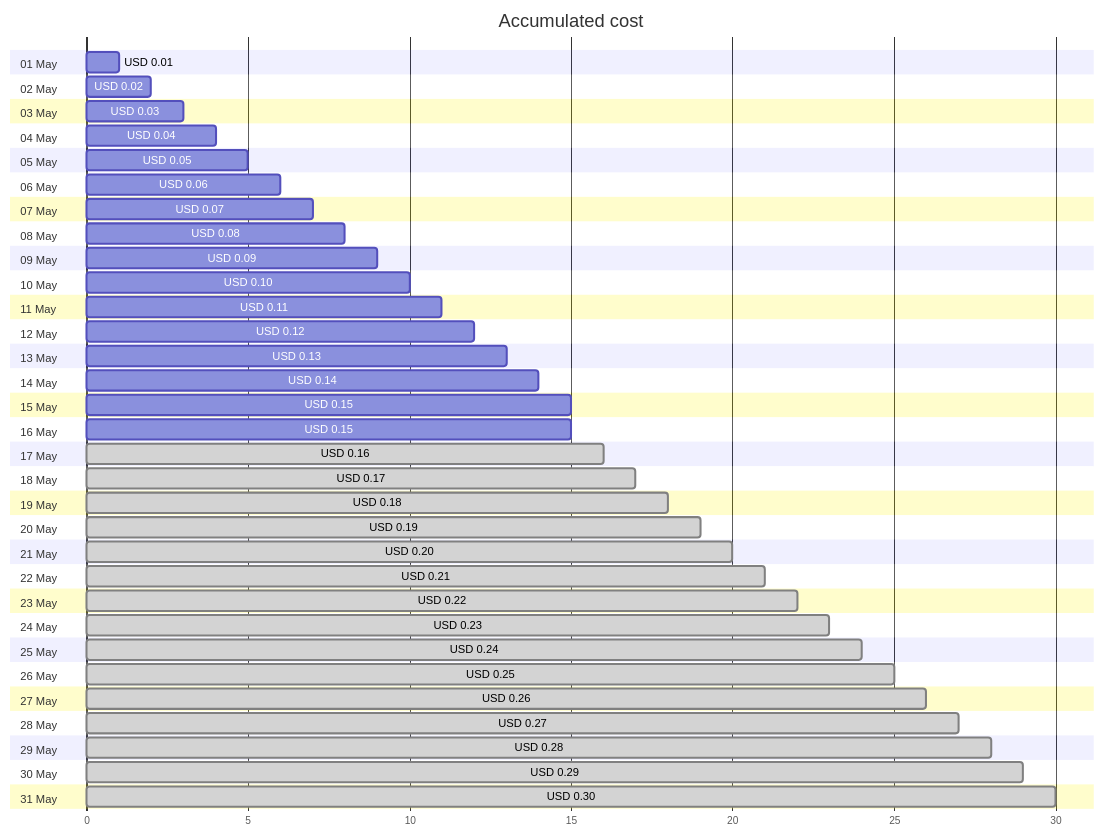
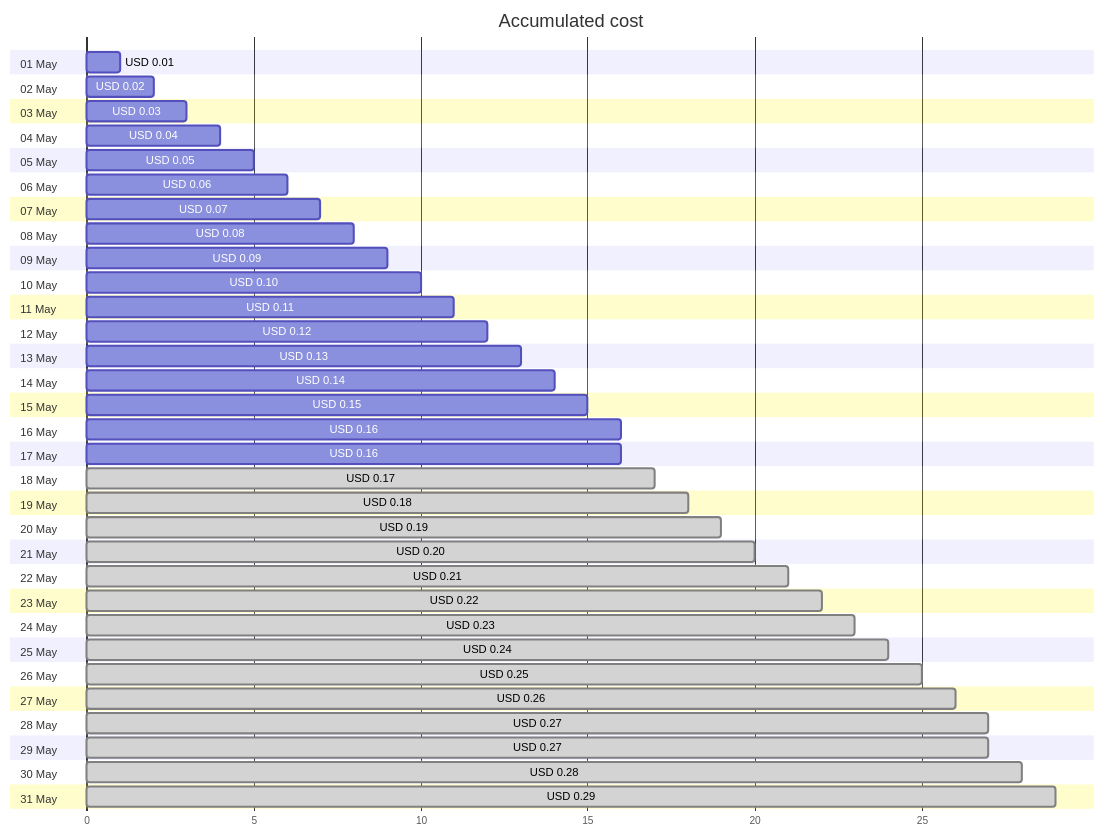
One commit to jpfulton/azure-personal-reports changed the first of 4 diagrams in cost-reports/cloud-shell-storage-eastus/README.md. Above: the diagram before and after it, drawn with Mermaid. The commit also changed other lines of this file and 1 other file, not shown here.

````diff
--- a/cost-reports/cloud-shell-storage-eastus/README.md
+++ b/cost-reports/cloud-shell-storage-eastus/README.md
@@ -20,68 +20,68 @@
 ```mermaid
 gantt
    title Accumulated cost
    dateFormat  X
    axisFormat %s
    section 01 May
    USD 0.01 :0, 1
    section 02 May
    USD 0.02 :0, 2
    section 03 May
    USD 0.03 :0, 3
    section 04 May
    USD 0.04 :0, 4
    section 05 May
    USD 0.05 :0, 5
    section 06 May
    USD 0.06 :0, 6
    section 07 May
    USD 0.07 :0, 7
    section 08 May
    USD 0.08 :0, 8
    section 09 May
    USD 0.09 :0, 9
    section 10 May
    USD 0.10 :0, 10
    section 11 May
    USD 0.11 :0, 11
    section 12 May
    USD 0.12 :0, 12
    section 13 May
    USD 0.13 :0, 13
    section 14 May
    USD 0.14 :0, 14
    section 15 May
    USD 0.15 :0, 15
    section 16 May
-   USD 0.15 :0, 15
+   USD 0.16 :0, 16
    section 17 May
-   USD 0.16 : done, 0, 16
+   USD 0.16 :0, 16
    section 18 May
    USD 0.17 : done, 0, 17
    section 19 May
    USD 0.18 : done, 0, 18
    section 20 May
    USD 0.19 : done, 0, 19
    section 21 May
    USD 0.20 : done, 0, 20
    section 22 May
    USD 0.21 : done, 0, 21
    section 23 May
    USD 0.22 : done, 0, 22
    section 24 May
    USD 0.23 : done, 0, 23
    section 25 May
    USD 0.24 : done, 0, 24
    section 26 May
    USD 0.25 : done, 0, 25
    section 27 May
    USD 0.26 : done, 0, 26
    section 28 May
    USD 0.27 : done, 0, 27
    section 29 May
+   USD 0.27 : done, 0, 27
+   section 30 May
    USD 0.28 : done, 0, 28
-   section 30 May
+   section 31 May
    USD 0.29 : done, 0, 29
-   section 31 May
-   USD 0.30 : done, 0, 30
 ```
````
